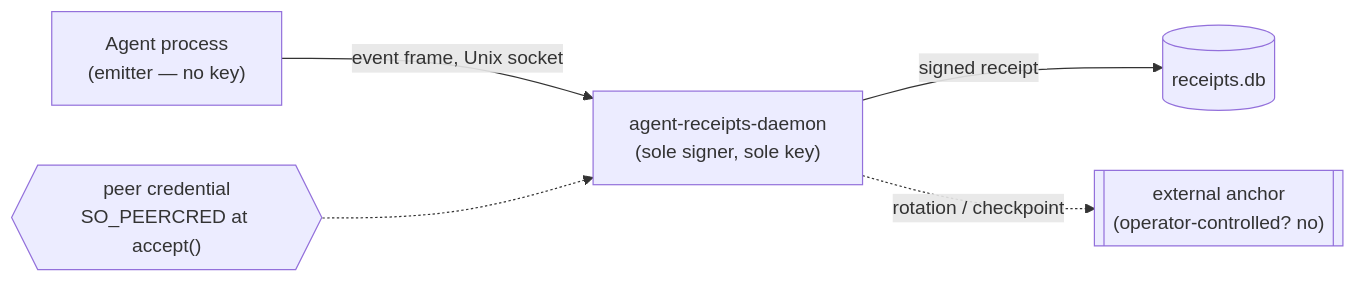
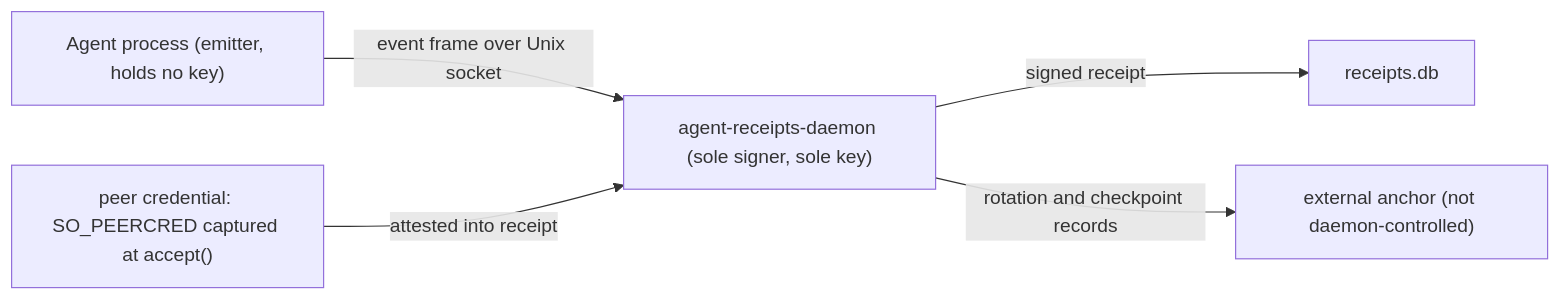
The diagram in site/src/content/docs/specification/trust-model.mdx (agent-receipts/ar), drawn with Mermaid before and after one commit.

Commit message:
docs(site): use proven mermaid constructs in trust-model diagram
Rebuild the trust-boundary diagram from the plain rectangle + edge-label
constructs already proven to render in CI (receipt-chain-verification.mdx),
dropping the subroutine/cylinder/hexagon shapes that no other diagram uses.
Mermaid renders via Playwright at build time and a single unsupported token
fails the whole site build; the diagram could not be rendered locally because
the browser download is egress-blocked.

````diff
--- a/site/src/content/docs/specification/trust-model.mdx
+++ b/site/src/content/docs/specification/trust-model.mdx
@@ -65,7 +65,7 @@
 ```mermaid
 flowchart LR
-  A["Agent process<br/>(emitter — no key)"] -->|event frame, Unix socket| D["agent-receipts-daemon<br/>(sole signer, sole key)"]
-  D -->|signed receipt| S[("receipts.db")]
-  D -.->|rotation / checkpoint| K[["external anchor<br/>(operator-controlled? no)"]]
-  P{{"peer credential<br/>SO_PEERCRED at accept()"}} -.-> D
+  A["Agent process (emitter, holds no key)"] -->|event frame over Unix socket| D["agent-receipts-daemon (sole signer, sole key)"]
+  P["peer credential: SO_PEERCRED captured at accept()"] -->|attested into receipt| D
+  D -->|signed receipt| S["receipts.db"]
+  D -->|rotation and checkpoint records| K["external anchor (not daemon-controlled)"]
 ```
````
